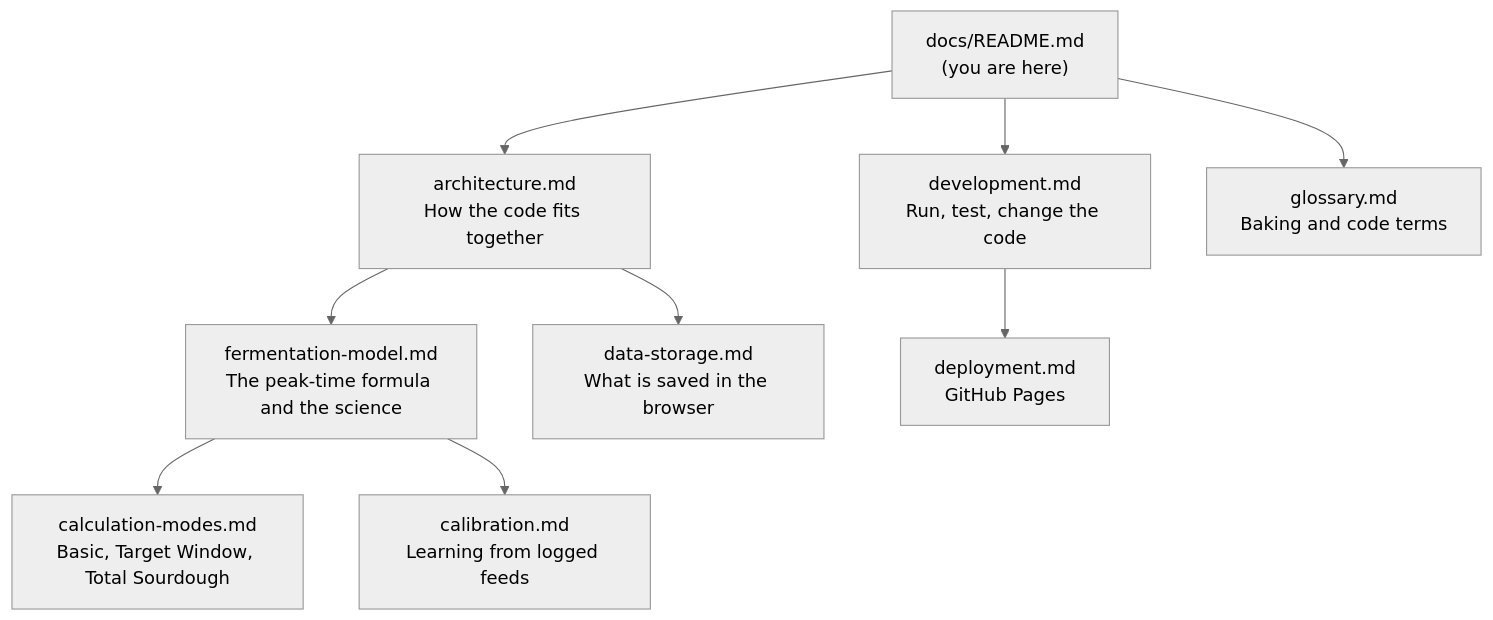
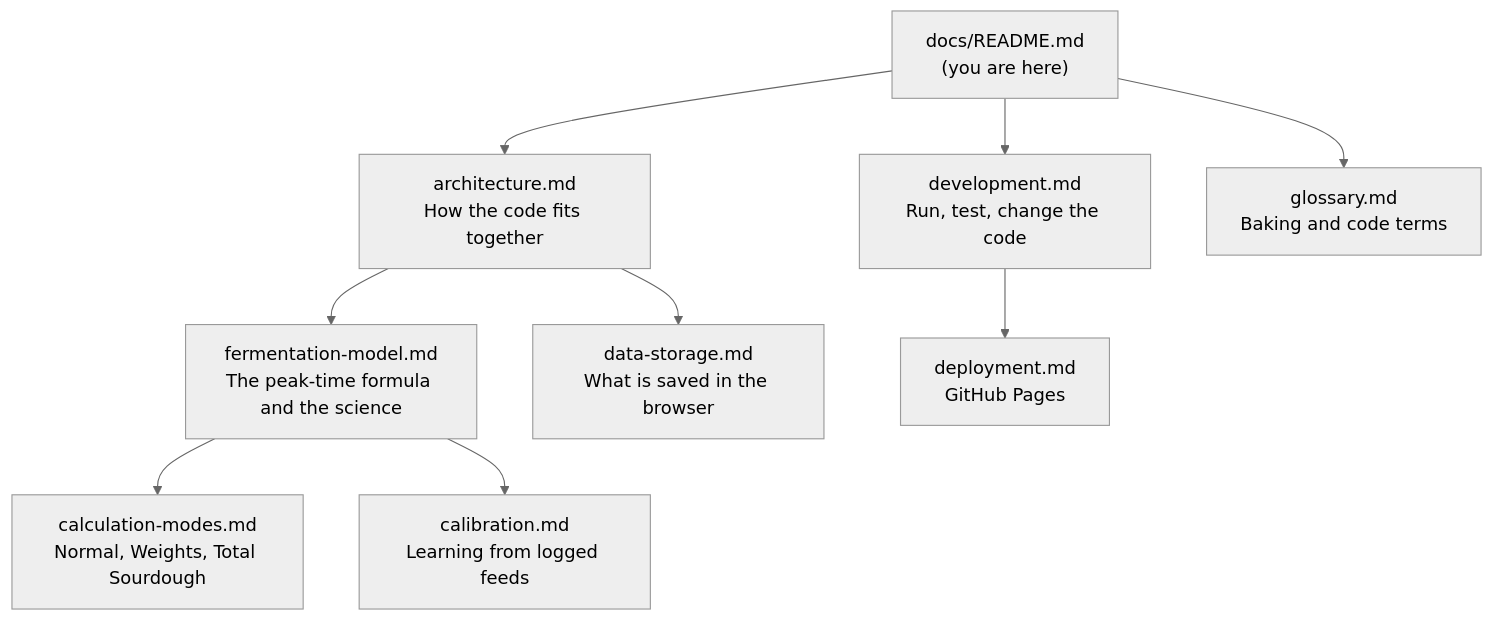
Before and after one commit to bendfeldt/sourdoughpeakplanner-ff7502f5: the diagram in docs/README.md, drawn with Mermaid (neutral theme). The commit also changed 15 other files, not shown here.

First line of the commit message:
Replace Target Window mode with Weights mode

````diff
--- a/docs/README.md
+++ b/docs/README.md
@@ -21,21 +21,21 @@
 ```mermaid
 flowchart TB
     idx["docs/README.md<br/>(you are here)"]
     arch["architecture.md<br/>How the code fits together"]
     model["fermentation-model.md<br/>The peak-time formula and the science"]
-    modes["calculation-modes.md<br/>Basic, Target Window, Total Sourdough"]
+    modes["calculation-modes.md<br/>Normal, Weights, Total Sourdough"]
     cal["calibration.md<br/>Learning from logged feeds"]
     data["data-storage.md<br/>What is saved in the browser"]
     dev["development.md<br/>Run, test, change the code"]
     deploy["deployment.md<br/>GitHub Pages"]
     gloss["glossary.md<br/>Baking and code terms"]
 
     idx --> arch
     idx --> dev
     arch --> model
     model --> modes
     model --> cal
     arch --> data
     dev --> deploy
     idx --> gloss
 ```
````
